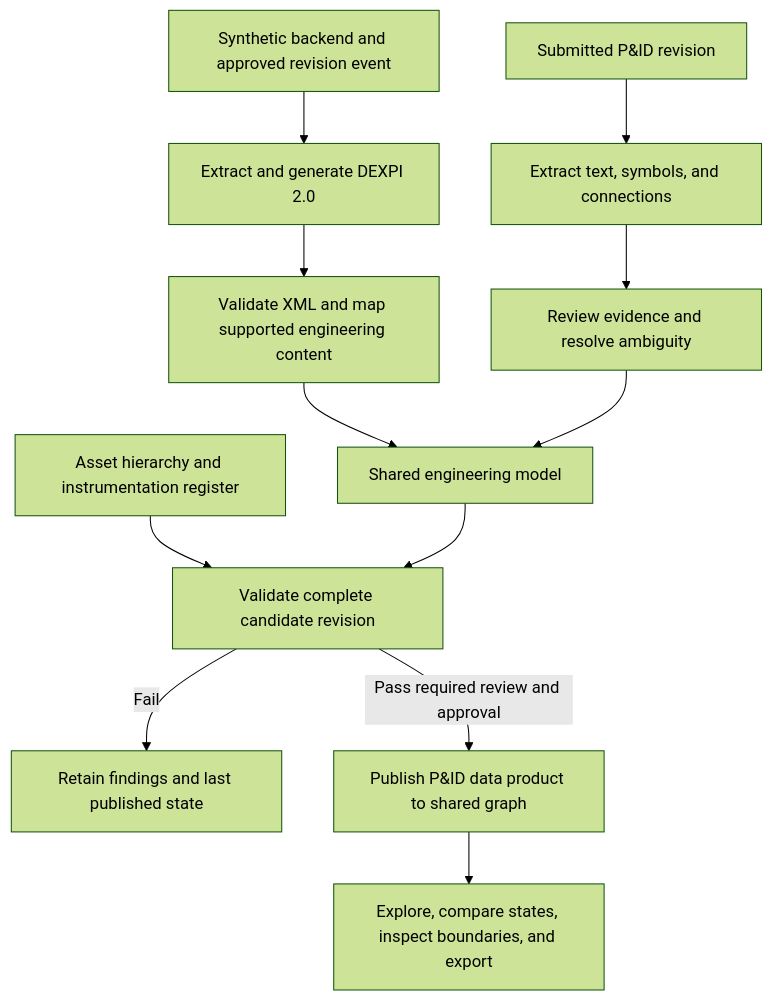
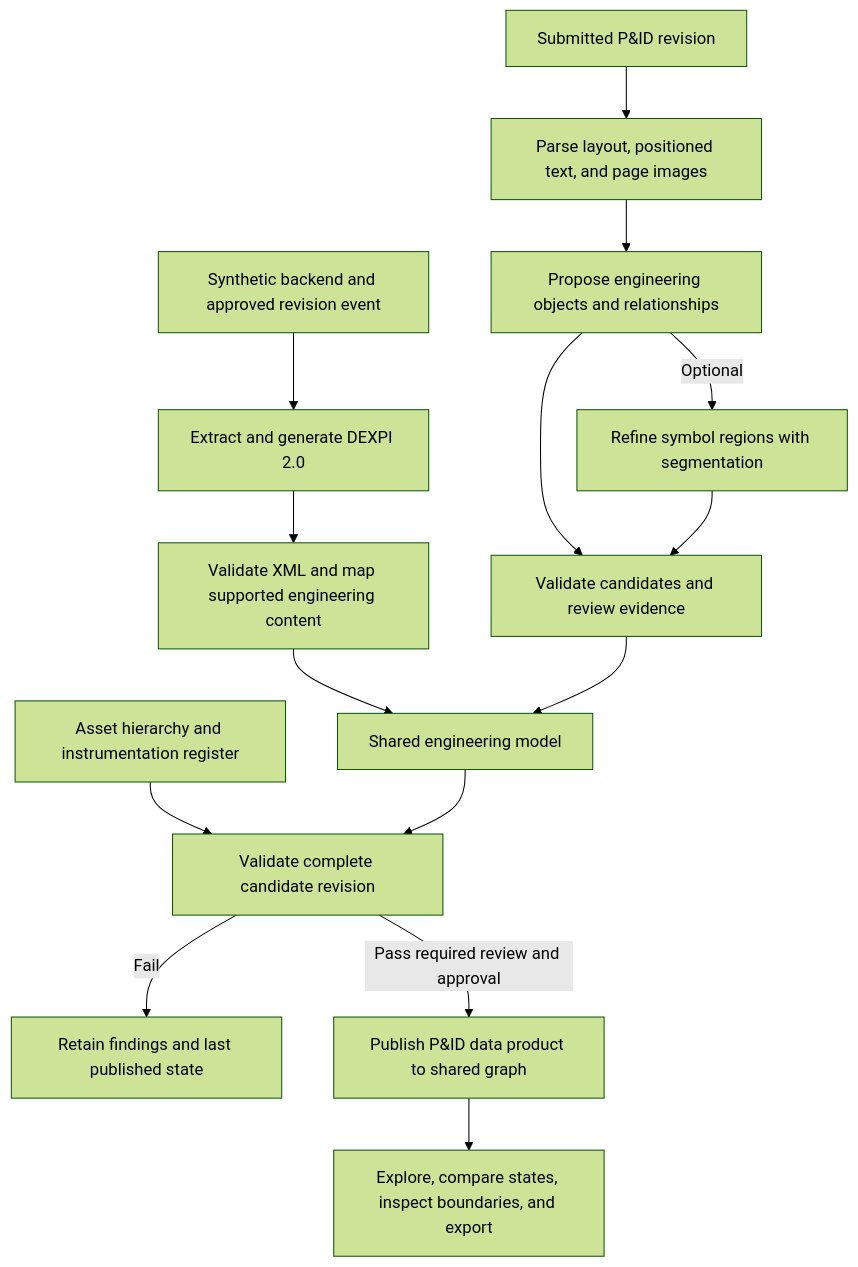
Before and after one commit to aadehamid/engineering-drawing-intelligence: the first of 2 diagrams in docs/LIONG-007-stack-and-architecture.md, drawn with Mermaid (forest theme). The commit also changed other lines of this file and 13 other files, not shown here.

````diff
--- a/docs/LIONG-007-stack-and-architecture.md
+++ b/docs/LIONG-007-stack-and-architecture.md
@@ -49,14 +97,17 @@
 ```mermaid
 flowchart TB
     B["Synthetic backend and approved revision event"] --> X["Extract and generate DEXPI 2.0"]
     X --> P["Validate XML and map supported engineering content"]
-    F["Submitted P&ID revision"] --> E["Extract text, symbols, and connections"]
-    E --> R["Review evidence and resolve ambiguity"]
+    F["Submitted P&ID revision"] --> E["Parse layout, positioned text, and page images"]
+    E --> I["Propose engineering objects and relationships"]
+    I --> R["Validate candidates and review evidence"]
+    I -->|"Optional"| S["Refine symbol regions with segmentation"]
+    S --> R
     P --> M["Shared engineering model"]
     R --> M
     A["Asset hierarchy and instrumentation register"] --> V["Validate complete candidate revision"]
     M --> V
     V -->|"Fail"| Q["Retain findings and last published state"]
     V -->|"Pass required review and approval"| G["Publish P&ID data product to shared graph"]
     G --> U["Explore, compare states, inspect boundaries, and export"]
 ```
````
